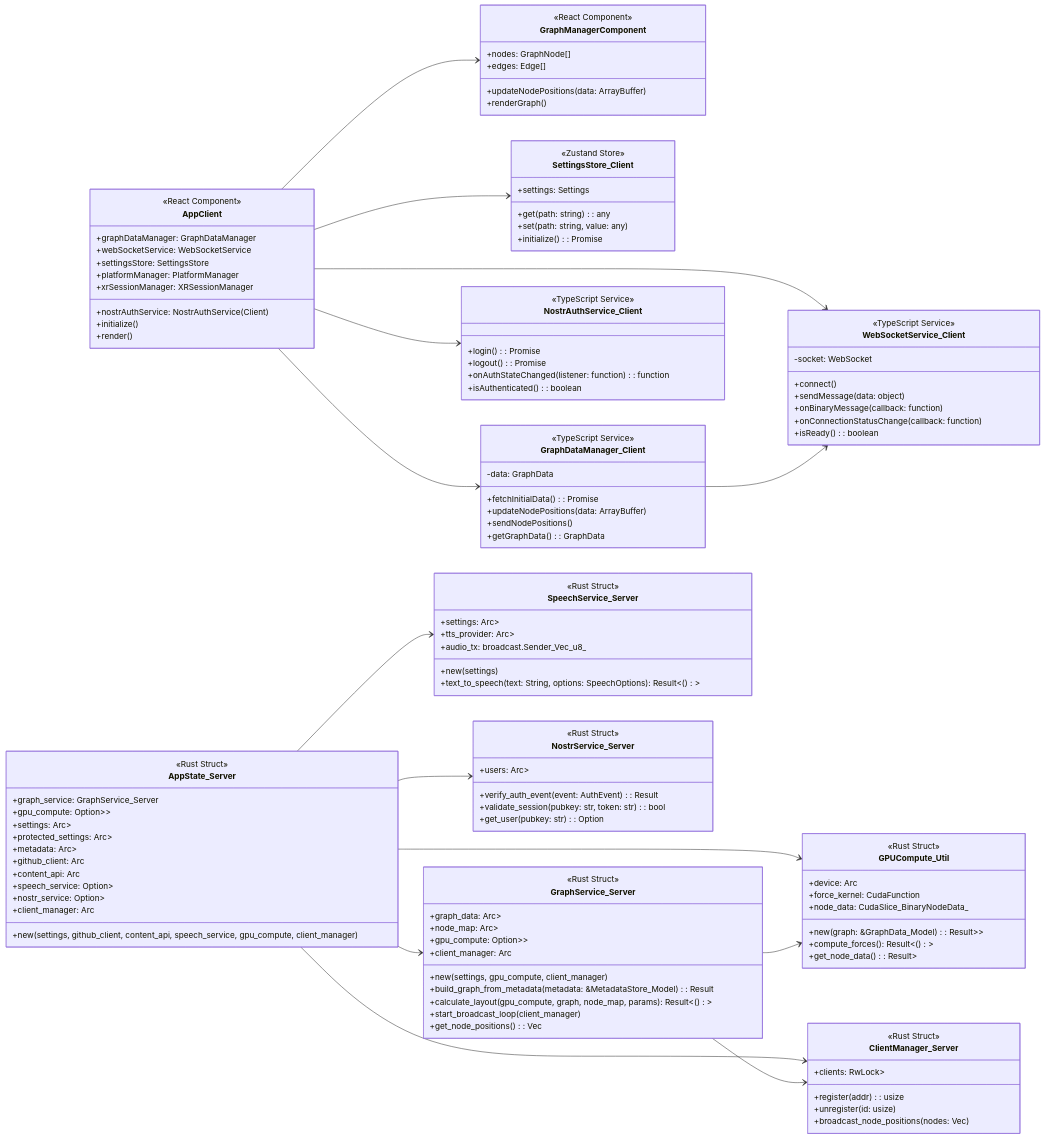
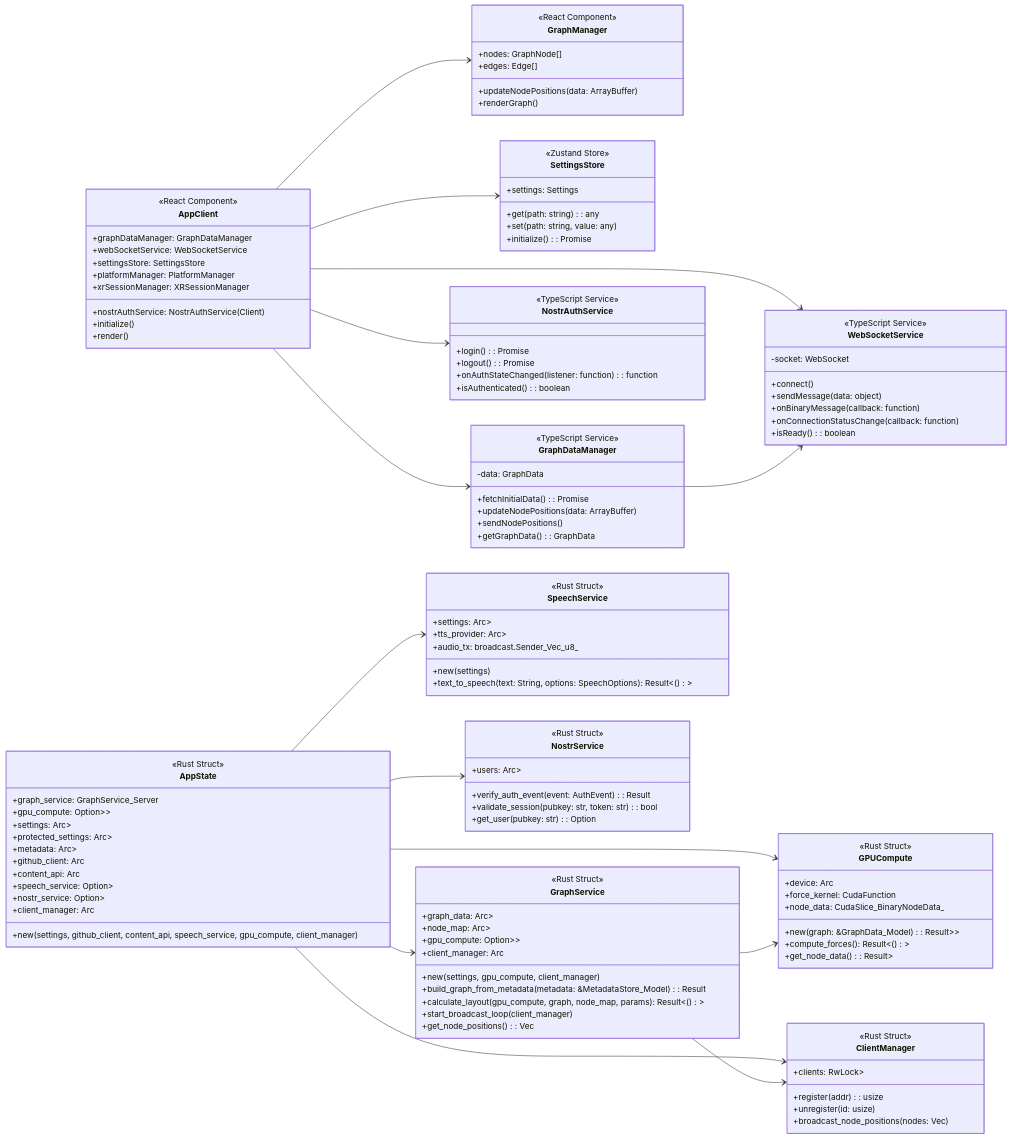
Before and after one commit to DreamLab-AI/VisionFlow: the second of 5 diagrams in README.md, drawn with Mermaid. The commit also changed other lines of this file and 11 other files, not shown here.

````diff
--- a/README.md
+++ b/README.md
@@ -175,7 +177,7 @@
         +render()
     }
 
-    class GraphManagerComponent {
+    class GraphManager {
         <<React Component>>
         +nodes: GraphNode[]
         +edges: Edge[]
@@ -183,7 +185,7 @@
         +renderGraph()
     }
 
-    class WebSocketService_Client {
+    class WebSocketService {
         <<TypeScript Service>>
         -socket: WebSocket
         +connect()
@@ -193,7 +195,7 @@
         +isReady(): boolean
     }
 
-    class SettingsStore_Client {
+    class SettingsStore {
         <<Zustand Store>>
         +settings: Settings
         +get(path: string): any
@@ -201,7 +203,7 @@
         +initialize(): Promise<Settings>
     }
 
-    class GraphDataManager_Client {
+    class GraphDataManager {
         <<TypeScript Service>>
         -data: GraphData
         +fetchInitialData(): Promise<GraphData>
@@ -210,7 +212,7 @@
         +getGraphData(): GraphData
     }
 
-    class NostrAuthService_Client {
+    class NostrAuthService {
         <<TypeScript Service>>
         +login(): Promise<AuthState>
         +logout(): Promise<void>
@@ -218,14 +220,14 @@
         +isAuthenticated(): boolean
     }
 
-    AppClient --> GraphManagerComponent
-    AppClient --> WebSocketService_Client
-    AppClient --> SettingsStore_Client
-    AppClient --> GraphDataManager_Client
-    AppClient --> NostrAuthService_Client
-    GraphDataManager_Client --> WebSocketService_Client
+    AppClient --> GraphManager
+    AppClient --> WebSocketService
+    AppClient --> SettingsStore
+    AppClient --> GraphDataManager
+    AppClient --> NostrAuthService
+    GraphDataManager --> WebSocketService
 
-    class AppState_Server {
+    class AppState {
         <<Rust Struct>>
         +graph_service: GraphService_Server
         +gpu_compute: Option<Arc<RwLock<GPUCompute_Util>>>
@@ -240,7 +242,7 @@
         +new(settings, github_client, content_api, speech_service, gpu_compute, client_manager)
     }
 
-    class GraphService_Server {
+    class GraphService {
         <<Rust Struct>>
         +graph_data: Arc<RwLock<GraphData_Model>>
         +node_map: Arc<RwLock<HashMap_String_NodeModel_>>
@@ -253,7 +255,7 @@
         +get_node_positions(): Vec<Node_Model>
     }
 
-    class SpeechService_Server {
+    class SpeechService {
         <<Rust Struct>>
         +settings: Arc<RwLock<AppFullSettings>>
         +tts_provider: Arc<RwLock<TTSProvider_Enum>>
@@ -262,7 +264,7 @@
         +text_to_speech(text: String, options: SpeechOptions): Result<()>
     }
 
-    class NostrService_Server {
+    class NostrService {
         <<Rust Struct>>
         +users: Arc<RwLock<HashMap_String_NostrUser_>>
         +verify_auth_event(event: AuthEvent): Result<NostrUser_Model>
@@ -270,7 +272,7 @@
         +get_user(pubkey: str): Option<NostrUser_Model>
     }
     
-    class GPUCompute_Util {
+    class GPUCompute {
         <<Rust Struct>>
         +device: Arc<CudaDevice>
         +force_kernel: CudaFunction
@@ -280,7 +282,7 @@
         +get_node_data(): Result<Vec<BinaryNodeData>>
     }
     
-    class ClientManager_Server {
+    class ClientManager {
         <<Rust Struct>>
         +clients: RwLock<HashMap_usize_Addr_SocketFlowServer_>>
         +register(addr): usize
@@ -288,11 +290,11 @@
         +broadcast_node_positions(nodes: Vec<Node_Model>)
     }
 
-    AppState_Server --> GraphService_Server
-    AppState_Server --> NostrService_Server
-    AppState_Server --> SpeechService_Server
-    AppState_Server --> GPUCompute_Util
-    AppState_Server --> ClientManager_Server
-    GraphService_Server --> GPUCompute_Util
-    GraphService_Server --> ClientManager_Server
+    AppState --> GraphService
+    AppState --> NostrService
+    AppState --> SpeechService
+    AppState --> GPUCompute
+    AppState --> ClientManager
+    GraphService --> GPUCompute
+    GraphService --> ClientManager
 ```
````
